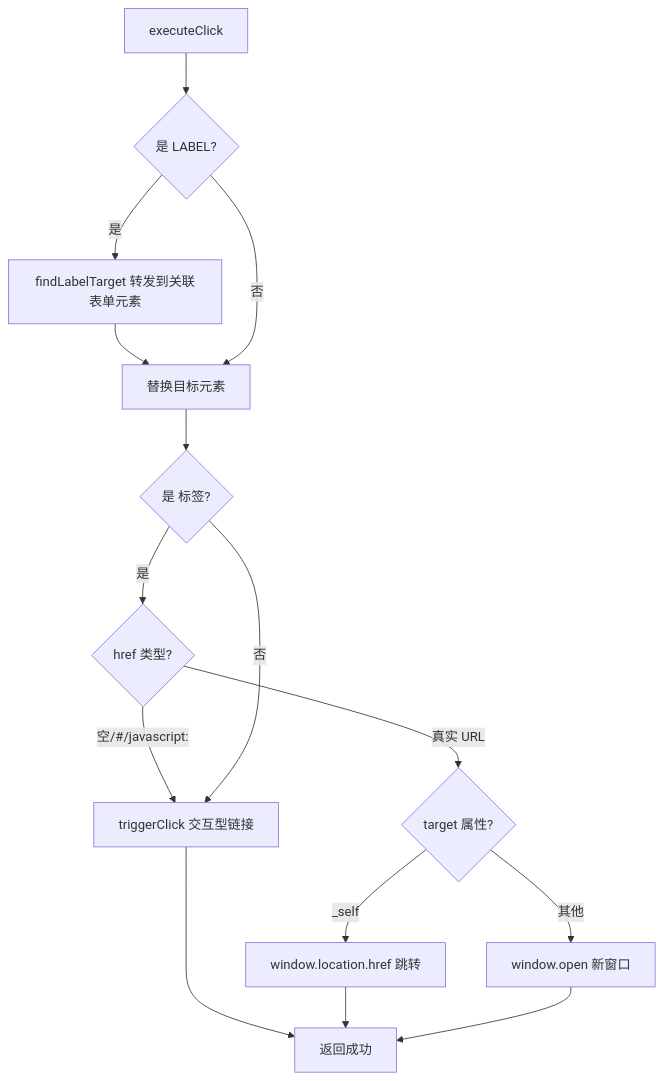
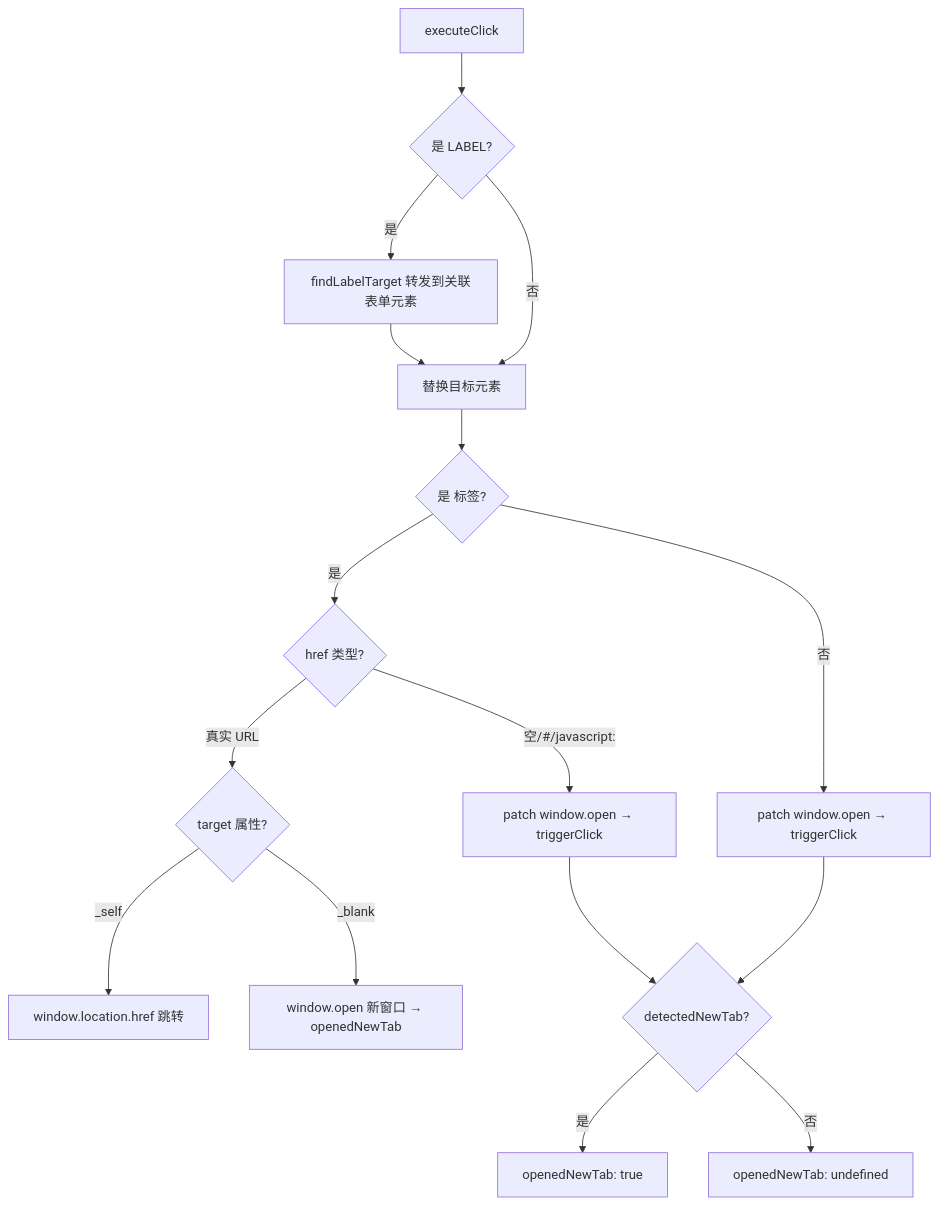
Before and after one commit to zw123zw/ai-browser: the fifth of 6 diagrams in docs/architecture/browser-command.md, drawn with Mermaid. The commit also changed other lines of this file and 10 other files, not shown here.

````diff
--- a/docs/architecture/browser-command.md
+++ b/docs/architecture/browser-command.md
@@ -286,17 +325,18 @@
 ```mermaid
 flowchart TD
     A[executeClick] --> B{是 LABEL?}
     B -->|是| C[findLabelTarget 转发到关联表单元素]
     C --> D[替换目标元素]
     B -->|否| D
     D --> E{是 <a> 标签?}
     E -->|是| F{href 类型?}
-    F -->|空/#/javascript:| G[triggerClick 交互型链接]
+    F -->|空/#/javascript:| G[patch window.open → triggerClick]
     F -->|真实 URL| H{target 属性?}
     H -->|_self| I[window.location.href 跳转]
-    H -->|其他| J[window.open 新窗口]
-    E -->|否| G
-    G --> K[返回成功]
-    I --> K
-    J --> K
+    H -->|_blank| J[window.open 新窗口 → openedNewTab]
+    E -->|否| K[patch window.open → triggerClick]
+    G --> L{detectedNewTab?}
+    K --> L
+    L -->|是| M[openedNewTab: true]
+    L -->|否| N[openedNewTab: undefined]
 ```
````
